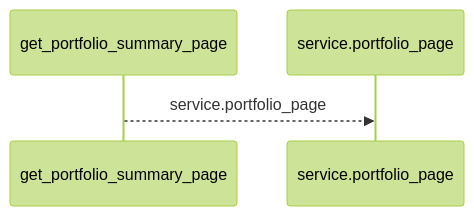
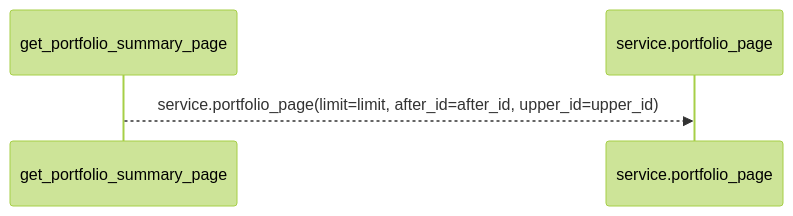
The first of 2 diagrams in docs/llm_wiki/flows/http-get_portfolio_summary_page.md (Denissvgn/WorkChord), drawn with Mermaid (forest theme) before and after one commit. The commit also changed other lines of this file and 25171 other files, not shown here.

````diff
--- a/docs/llm_wiki/flows/http-get_portfolio_summary_page.md
+++ b/docs/llm_wiki/flows/http-get_portfolio_summary_page.md
@@ -10,6 +12,6 @@
 ```mermaid
 sequenceDiagram
     participant p0 as get_portfolio_summary_page
     participant p1 as service.portfolio_page
-    p0-->>p1: service.portfolio_page
+    p0-->>p1: service.portfolio_page(limit=limit, after_id=after_id, upper_id=upper_id)
 ```
````
